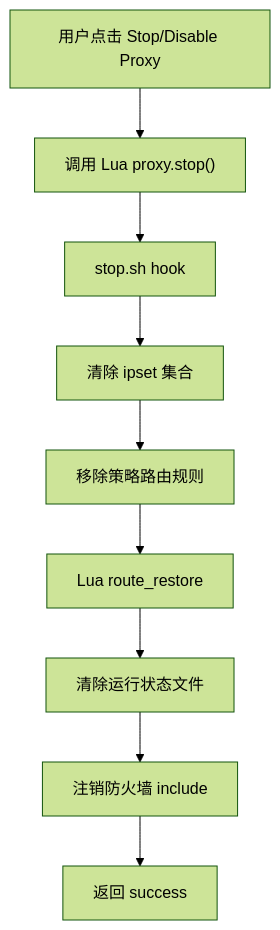
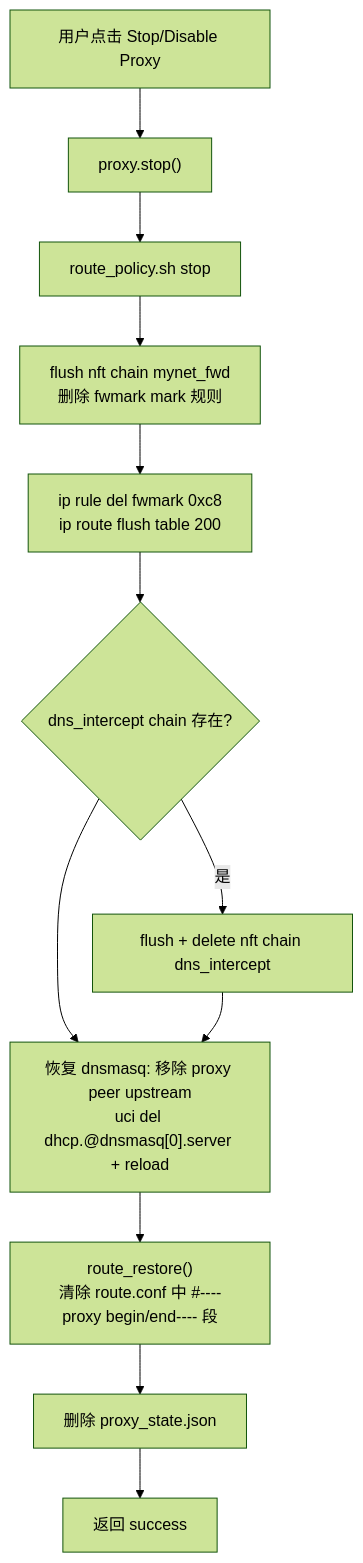
One commit to luoyueliang/mynet_lua changed the sixth of 9 diagrams in docs/FLOWS.md. Above: the diagram before and after it, drawn with Mermaid (forest theme). The commit also changed other lines of this file and 28 other files, not shown here.

````diff
--- a/docs/FLOWS.md
+++ b/docs/FLOWS.md
@@ -201,11 +203,14 @@
 ```mermaid
 flowchart TD
-    A[用户点击 Stop/Disable Proxy] --> B["调用 Lua proxy.stop()"]
-    B --> C[stop.sh hook]
-    C --> D[清除 ipset 集合]
-    D --> E[移除策略路由规则]
-    E --> F[Lua route_restore]
-    F --> G[清除运行状态文件]
-    G --> H[注销防火墙 include]
-    H --> I[返回 success]
+    A[用户点击 Stop/Disable Proxy] --> B["proxy.stop()"]
+    B --> C["route_policy.sh stop"]
+    C --> C1["flush nft chain mynet_fwd\n删除 fwmark mark 规则"]
+    C1 --> C2["ip rule del fwmark 0xc8\nip route flush table 200"]
+    C2 --> C3{dns_intercept chain 存在?}
+    C3 -- 是 --> C4["flush + delete nft chain dns_intercept"]
+    C3 --> C5
+    C4 --> C5["恢复 dnsmasq: 移除 proxy peer upstream\nuci del dhcp.@dnsmasq[0].server + reload"]
+    C5 --> D["route_restore()\n清除 route.conf 中 #----proxy begin/end---- 段"]
+    D --> E["删除 proxy_state.json"]
+    E --> F[返回 success]
 ```
````
